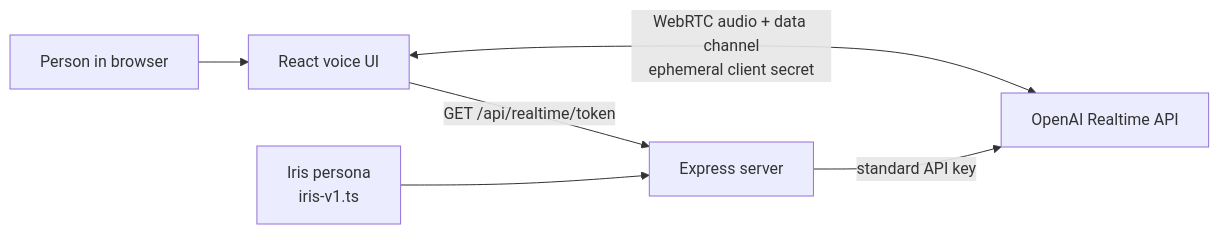
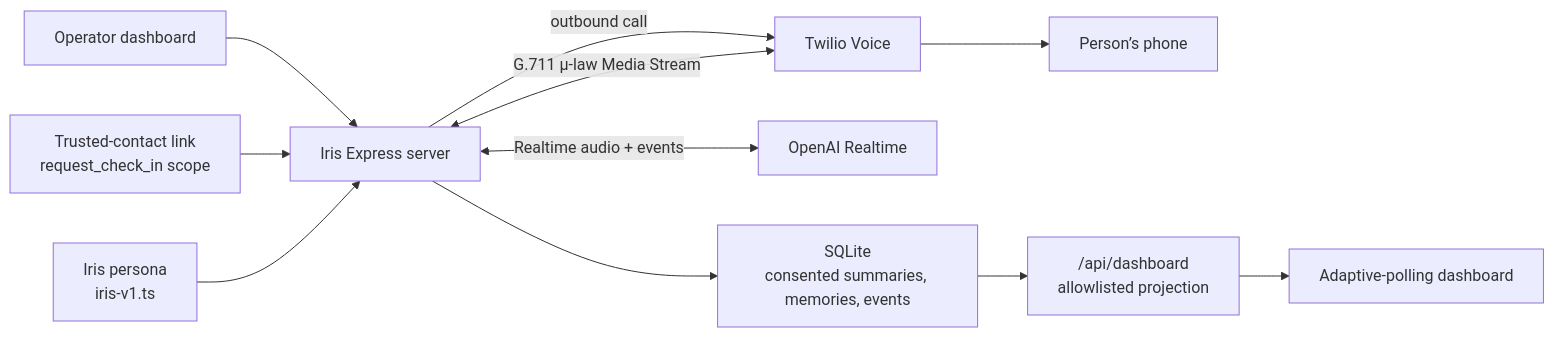
The diagram in docs/architecture.md (jaggedbytes/iris), drawn with Mermaid before and after one commit. The commit also changed other lines of this file and 23 other files, not shown here.

First line of the commit message:
feat(bridge): harden live dashboard, check-ins, and privacy-safe timeline for demo (#3)

````diff
--- a/docs/architecture.md
+++ b/docs/architecture.md
@@ -7,8 +7,13 @@
 ```mermaid
 flowchart LR
-  Person["Person in browser"] --> UI["React voice UI"]
-  UI -->|"GET /api/realtime/token"| Server["Express server"]
-  Server -->|"standard API key"| OpenAI["OpenAI Realtime API"]
-  UI <-->|"WebRTC audio + data channel\nephemeral client secret"| OpenAI
+  Operator["Operator dashboard"] --> Server["Iris Express server"]
+  Family["Trusted-contact link\nrequest_check_in scope"] --> Server
+  Server -->|"outbound call"| Twilio["Twilio Voice"]
+  Twilio <-->|"G.711 μ-law Media Stream"| Server
+  Server <-->|"Realtime audio + events"| OpenAI["OpenAI Realtime"]
+  Twilio --> Phone["Person’s phone"]
+  Server --> SQLite["SQLite\nconsented summaries, memories, events"]
+  SQLite --> DashboardAPI["/api/dashboard\nallowlisted projection"]
+  DashboardAPI --> Dashboard["Adaptive-polling dashboard"]
   Persona["Iris persona\niris-v1.ts"] --> Server
 ```
````
